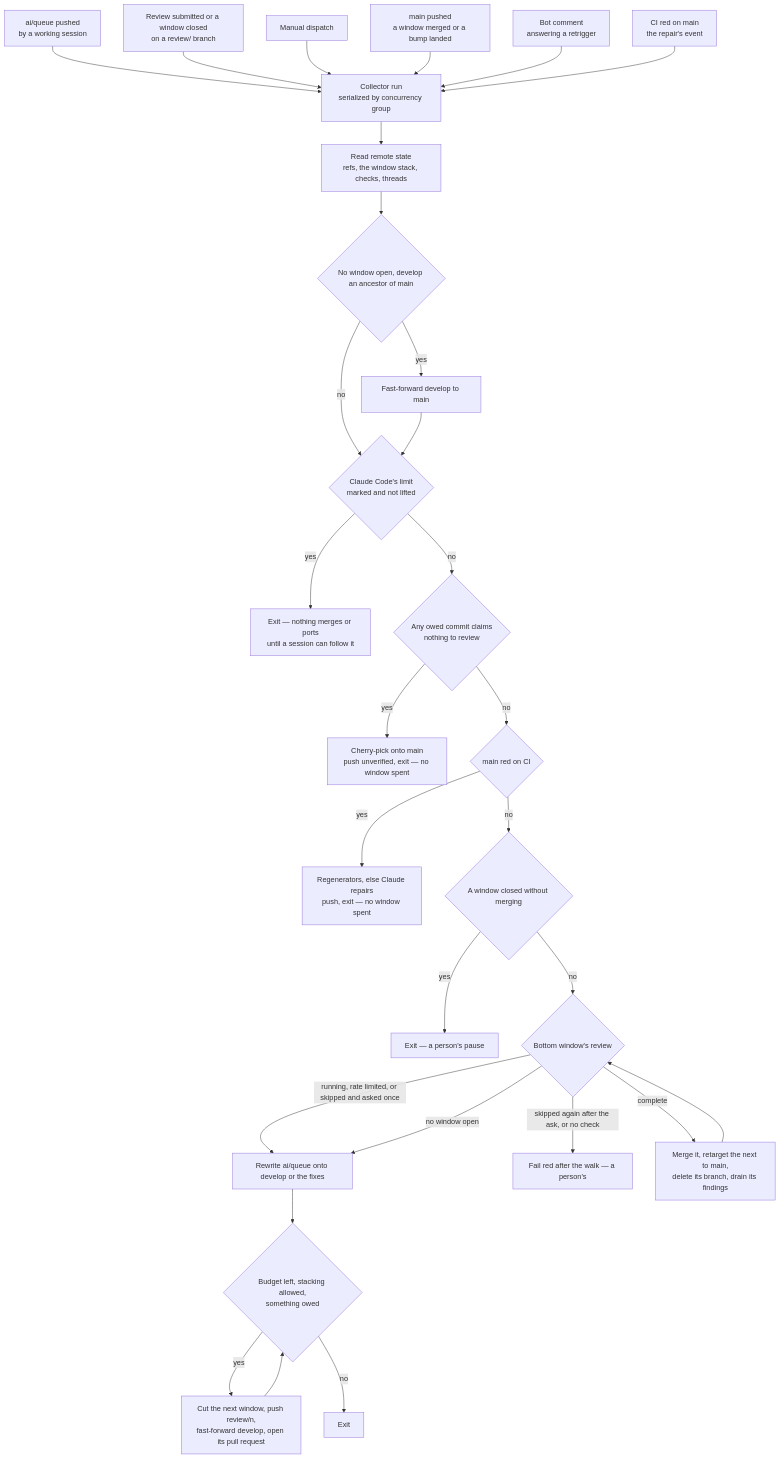
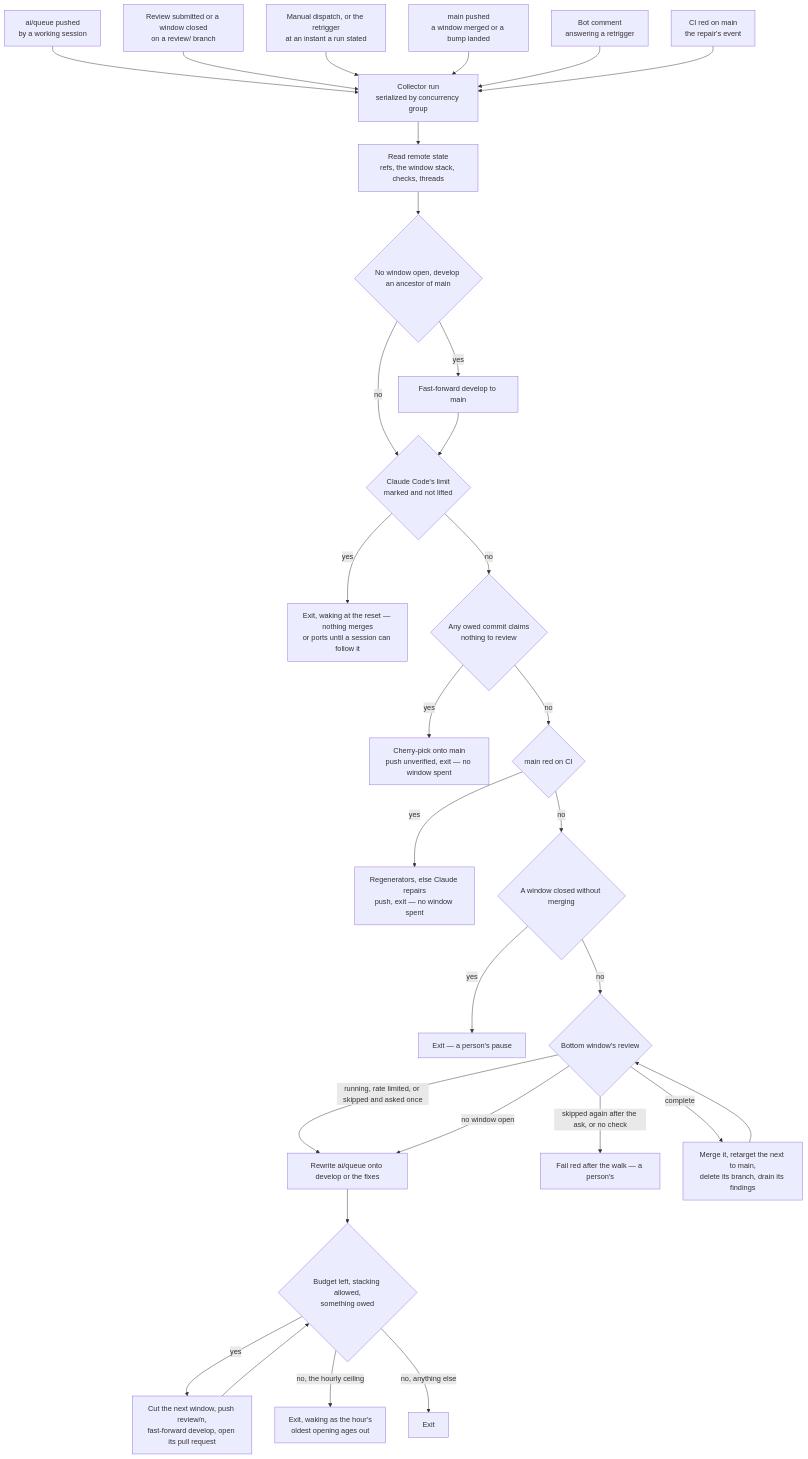
The diagram in apps/web/content/docs/infra/review-collector/index.md (Esposter/Esposter), drawn with Mermaid before and after one commit. The commit also changed other lines of this file and 17 other files, not shown here.

````diff
--- a/apps/web/content/docs/infra/review-collector/index.md
+++ b/apps/web/content/docs/infra/review-collector/index.md
@@ -37,29 +37,30 @@
 ```mermaid
 flowchart TD
   A[ai/queue pushed<br/>by a working session] --> C
   F[Review submitted or a window closed<br/>on a review/ branch] --> C
-  D[Manual dispatch] --> C
+  D[Manual dispatch, or the retrigger<br/>at an instant a run stated] --> C
   MN[main pushed<br/>a window merged or a bump landed] --> C
   CM[Bot comment<br/>answering a retrigger] --> C
   CI[CI red on main<br/>the repair's event] --> C
   C[Collector run<br/>serialized by concurrency group] --> R[Read remote state<br/>refs, the window stack, checks, threads]
   R --> RS{No window open, develop an ancestor of main}
   RS -->|yes| FF[Fast-forward develop to main]
   RS -->|no| LM
   FF --> LM{Claude Code's limit<br/>marked and not lifted}
-  LM -->|yes| LX[Exit — nothing merges or ports<br/>until a session can follow it]
+  LM -->|yes| LX[Exit, waking at the reset — nothing merges<br/>or ports until a session can follow it]
   LM -->|no| E{Any owed commit claims<br/>nothing to review}
   E -->|yes| EP[Cherry-pick onto main<br/>push unverified, exit — no window spent]
   E -->|no| MR{main red on CI}
   MR -->|yes| RG[Regenerators, else Claude repairs<br/>push, exit — no window spent]
   MR -->|no| CL{A window closed without merging}
   CL -->|yes| PZ[Exit — a person's pause]
   CL -->|no| BW{Bottom window's review}
   BW -->|running, rate limited, or skipped and asked once| SY
   BW -->|skipped again after the ask, or no check| RD[Fail red after the walk — a person's]
   BW -->|complete| MG[Merge it, retarget the next to main,<br/>delete its branch, drain its findings] --> BW
   BW -->|no window open| SY
   SY[Rewrite ai/queue onto develop or the fixes] --> OB{Budget left, stacking allowed,<br/>something owed}
   OB -->|yes| W[Cut the next window, push review/n,<br/>fast-forward develop, open its pull request] --> OB
-  OB -->|no| X[Exit]
+  OB -->|no, the hourly ceiling| XC[Exit, waking as the hour's<br/>oldest opening ages out]
+  OB -->|no, anything else| X[Exit]
 ```
````
